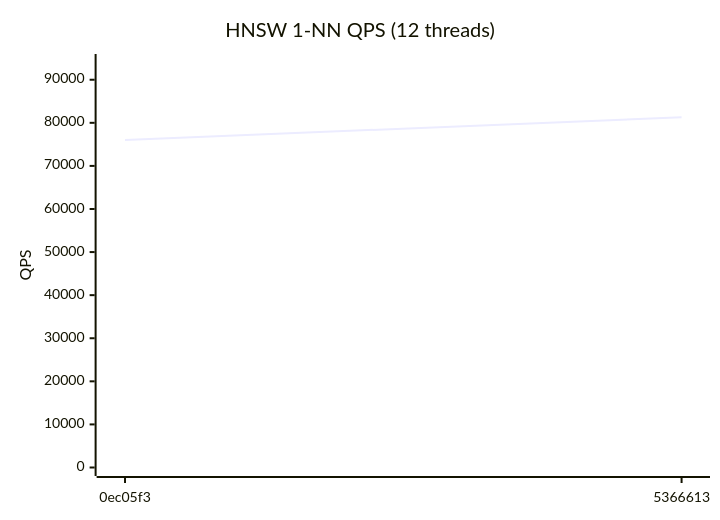
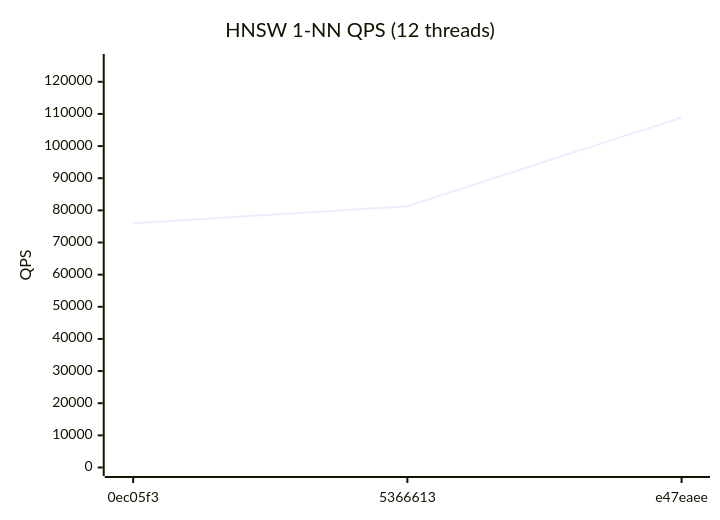
One commit to bibidhSubedi0/RedBoxDb changed the second of 4 diagrams in benchmarks/REPORT.md. Above: the diagram before and after it, drawn with Mermaid. The commit also changed other lines of this file and 1 other file, not shown here.

Commit message:
bench: update performance report [e47eaee] [skip ci] (#131)

````diff
--- a/benchmarks/REPORT.md
+++ b/benchmarks/REPORT.md
@@ -29,7 +29,7 @@
 ```mermaid
 xychart-beta
   title "HNSW 1-NN QPS (12 threads)"
-  x-axis ["0ec05f3", "5366613"]
-  y-axis "QPS" 0 --> 94000
-  line [76009, 81296]
+  x-axis ["0ec05f3", "5366613", "e47eaee"]
+  y-axis "QPS" 0 --> 126000
+  line [76009, 81296, 108905]
 ```
````
